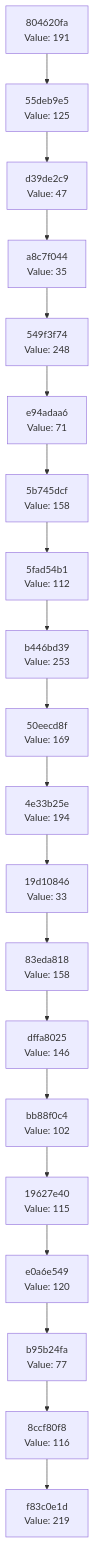
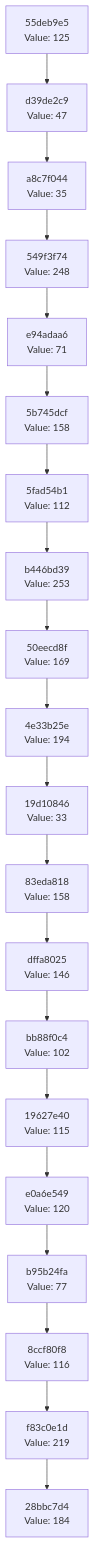
Before and after one commit to Abhisheksinha1506/hash-chain-evolver: the diagram in docs/CHAIN_VISUALIZATION.md, drawn with Mermaid. The commit also changed 3 other files, not shown here.

````diff
--- a/docs/CHAIN_VISUALIZATION.md
+++ b/docs/CHAIN_VISUALIZATION.md
@@ -3,42 +3,42 @@
 ```mermaid
 graph TD
-    C0["f83c0e1d<br/>Value: 219"]
-    C1["8ccf80f8<br/>Value: 116"]
+    C0["28bbc7d4<br/>Value: 184"]
+    C1["f83c0e1d<br/>Value: 219"]
     C1 --> C0
-    C2["b95b24fa<br/>Value: 77"]
+    C2["8ccf80f8<br/>Value: 116"]
     C2 --> C1
-    C3["e0a6e549<br/>Value: 120"]
+    C3["b95b24fa<br/>Value: 77"]
     C3 --> C2
-    C4["19627e40<br/>Value: 115"]
+    C4["e0a6e549<br/>Value: 120"]
     C4 --> C3
-    C5["bb88f0c4<br/>Value: 102"]
+    C5["19627e40<br/>Value: 115"]
     C5 --> C4
-    C6["dffa8025<br/>Value: 146"]
+    C6["bb88f0c4<br/>Value: 102"]
     C6 --> C5
-    C7["83eda818<br/>Value: 158"]
+    C7["dffa8025<br/>Value: 146"]
     C7 --> C6
-    C8["19d10846<br/>Value: 33"]
+    C8["83eda818<br/>Value: 158"]
     C8 --> C7
-    C9["4e33b25e<br/>Value: 194"]
+    C9["19d10846<br/>Value: 33"]
     C9 --> C8
-    C10["50eecd8f<br/>Value: 169"]
+    C10["4e33b25e<br/>Value: 194"]
     C10 --> C9
-    C11["b446bd39<br/>Value: 253"]
+    C11["50eecd8f<br/>Value: 169"]
     C11 --> C10
-    C12["5fad54b1<br/>Value: 112"]
+    C12["b446bd39<br/>Value: 253"]
     C12 --> C11
-    C13["5b745dcf<br/>Value: 158"]
+    C13["5fad54b1<br/>Value: 112"]
     C13 --> C12
-    C14["e94adaa6<br/>Value: 71"]
+    C14["5b745dcf<br/>Value: 158"]
     C14 --> C13
-    C15["549f3f74<br/>Value: 248"]
+    C15["e94adaa6<br/>Value: 71"]
     C15 --> C14
-    C16["a8c7f044<br/>Value: 35"]
+    C16["549f3f74<br/>Value: 248"]
     C16 --> C15
-    C17["d39de2c9<br/>Value: 47"]
+    C17["a8c7f044<br/>Value: 35"]
     C17 --> C16
-    C18["55deb9e5<br/>Value: 125"]
+    C18["d39de2c9<br/>Value: 47"]
     C18 --> C17
-    C19["804620fa<br/>Value: 191"]
+    C19["55deb9e5<br/>Value: 125"]
     C19 --> C18
 ```
````
